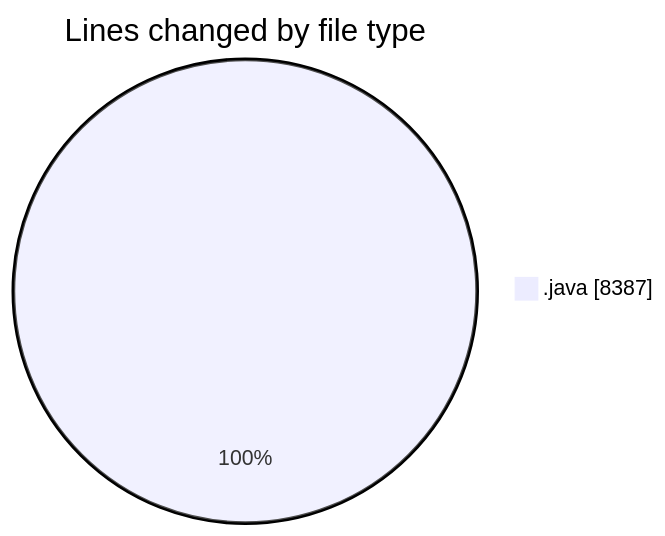
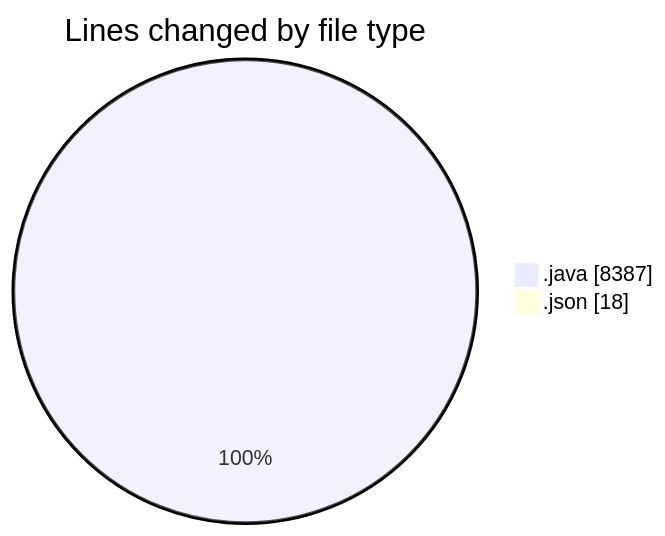
The first of 2 diagrams in 2026-11-17/cilapp/README.md (ricardozamudiocil/code-tracking), drawn with Mermaid before and after one commit. The commit also changed other lines of this file and 1 other file, not shown here.

````diff
--- a/2026-11-17/cilapp/README.md
+++ b/2026-11-17/cilapp/README.md
@@ -24,5 +25,6 @@
 ```mermaid
 pie showData
 title Lines changed by file type
 ".java" : 8387
+".json" : 18
 ```
````
